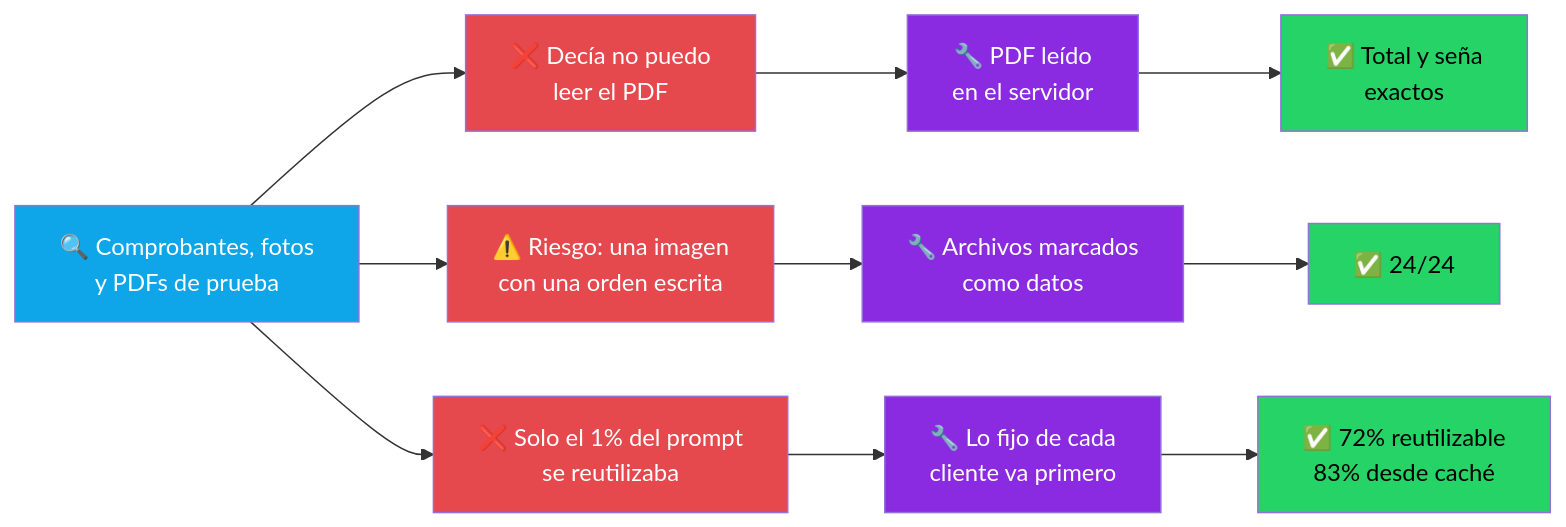
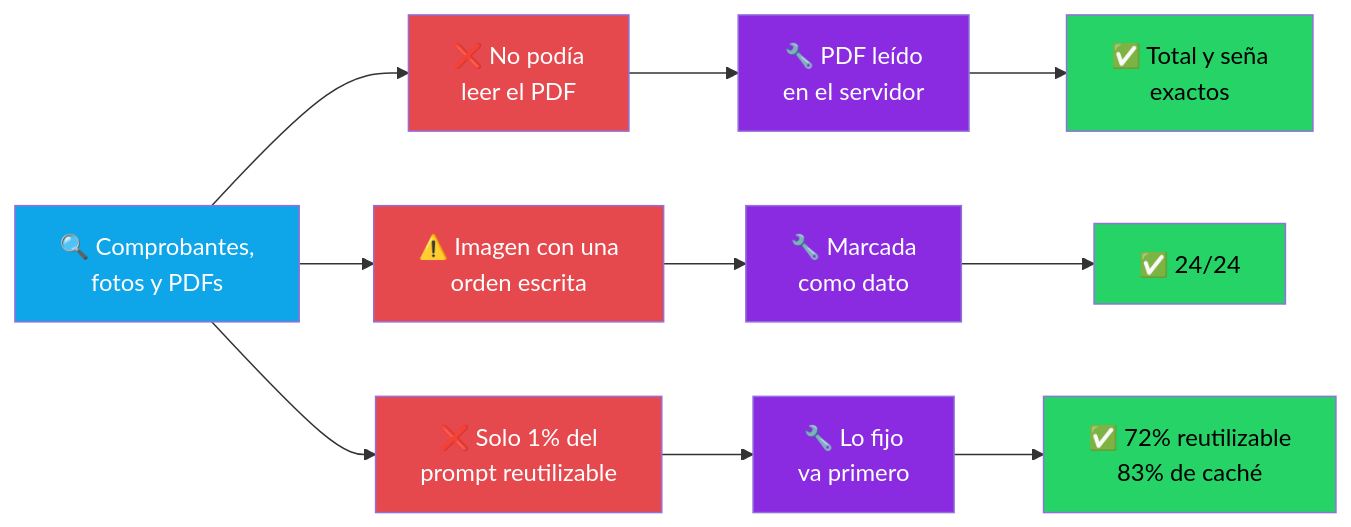
One commit to grancobud/arm-whatsapp changed diagram 13 of 15 in README.md. Above: the diagram before and after it, drawn with Mermaid. The commit also changed other lines of this file, not shown here.

Commit message:
docs: diagramas de auditoría más compactos (entran en pantallas angostas)

````diff
--- a/README.md
+++ b/README.md
@@ -365,23 +344,16 @@
 ```mermaid
 flowchart LR
-    P[🔍 Comprobantes, fotos<br/>y PDFs de prueba] --> F1[❌ Decía no puedo<br/>leer el PDF]
-    P --> F2[⚠️ Riesgo: una imagen<br/>con una orden escrita]
-    P --> F3[❌ Solo el 1% del prompt<br/>se reutilizaba]
-    F1 --> M1[🔧 PDF leído<br/>en el servidor]
-    F2 --> M2[🔧 Archivos marcados<br/>como datos]
-    F3 --> M3[🔧 Lo fijo de cada<br/>cliente va primero]
-    M1 --> R1[✅ Total y seña<br/>exactos]
-    M2 --> R2[✅ 24/24]
-    M3 --> R3[✅ 72% reutilizable<br/>83% desde caché]
-
-    style P fill:#0EA5E9,color:#fff
-    style F1 fill:#E5484D,color:#fff
-    style F2 fill:#E5484D,color:#fff
-    style F3 fill:#E5484D,color:#fff
-    style M1 fill:#8A2BE2,color:#fff
-    style M2 fill:#8A2BE2,color:#fff
-    style M3 fill:#8A2BE2,color:#fff
-    style R1 fill:#25D366,color:#000
-    style R2 fill:#25D366,color:#000
-    style R3 fill:#25D366,color:#000
+    P[🔍 Comprobantes,<br/>fotos y PDFs]:::p --> F1[❌ No podía<br/>leer el PDF]:::f
+    P --> F2[⚠️ Imagen con una<br/>orden escrita]:::f
+    P --> F3[❌ Solo 1% del<br/>prompt reutilizable]:::f
+    F1 --> M1[🔧 PDF leído<br/>en el servidor]:::m
+    F2 --> M2[🔧 Marcada<br/>como dato]:::m
+    F3 --> M3[🔧 Lo fijo<br/>va primero]:::m
+    M1 --> R1[✅ Total y seña<br/>exactos]:::r
+    M2 --> R2[✅ 24/24]:::r
+    M3 --> R3[✅ 72% reutilizable<br/>83% de caché]:::r
+    classDef p fill:#0EA5E9,color:#fff
+    classDef f fill:#E5484D,color:#fff
+    classDef m fill:#8A2BE2,color:#fff
+    classDef r fill:#25D366,color:#000
 ```
````
